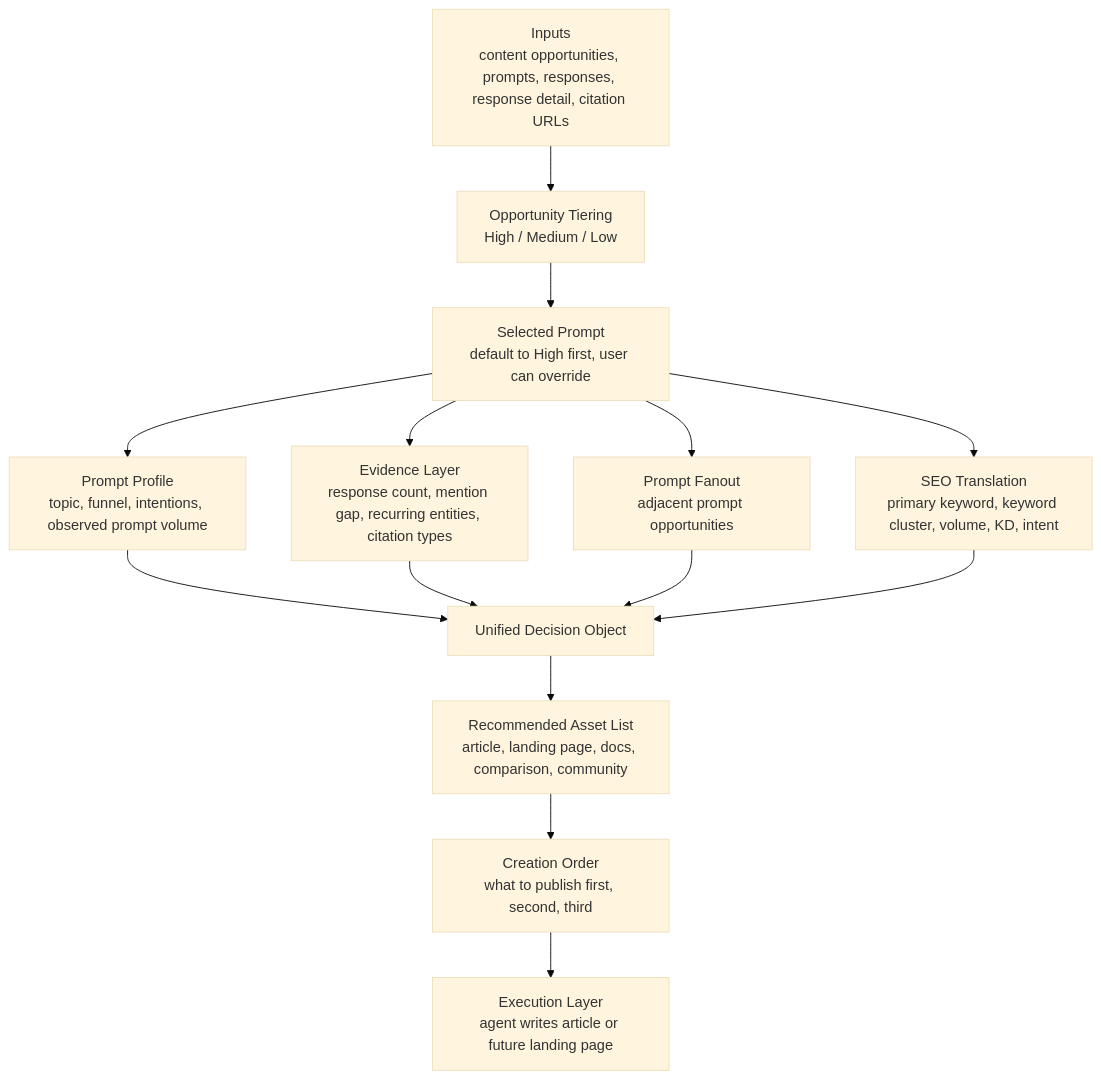
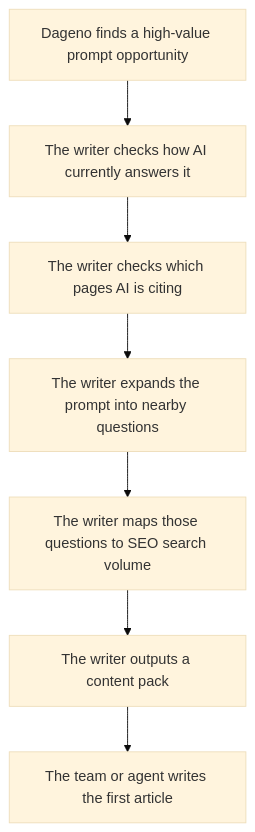
One commit to GEO-SEO/geo-content-writer changed the diagram in README.md. Above: the diagram before and after it, drawn with Mermaid (base theme). The commit also changed other lines of this file, not shown here.

````diff
--- a/README.md
+++ b/README.md
@@ -117,16 +128,9 @@
 ```mermaid
 flowchart TD
-    A["Inputs<br/>content opportunities, prompts, responses, response detail, citation URLs"] --> B["Opportunity Tiering<br/>High / Medium / Low"]
-    B --> C["Selected Prompt<br/>default to High first, user can override"]
-    C --> D["Prompt Profile<br/>topic, funnel, intentions, observed prompt volume"]
-    C --> E["Evidence Layer<br/>response count, mention gap, recurring entities, citation types"]
-    C --> F["Prompt Fanout<br/>adjacent prompt opportunities"]
-    C --> G["SEO Translation<br/>primary keyword, keyword cluster, volume, KD, intent"]
-    D --> H["Unified Decision Object"]
-    E --> H
-    F --> H
-    G --> H
-    H --> I["Recommended Asset List<br/>article, landing page, docs, comparison, community"]
-    I --> J["Creation Order<br/>what to publish first, second, third"]
-    J --> K["Execution Layer<br/>agent writes article or future landing page"]
+    A["Dageno finds a high-value prompt opportunity"] --> B["The writer checks how AI currently answers it"]
+    B --> C["The writer checks which pages AI is citing"]
+    C --> D["The writer expands the prompt into nearby questions"]
+    D --> E["The writer maps those questions to SEO search volume"]
+    E --> F["The writer outputs a content pack"]
+    F --> G["The team or agent writes the first article"]
 ```
````
